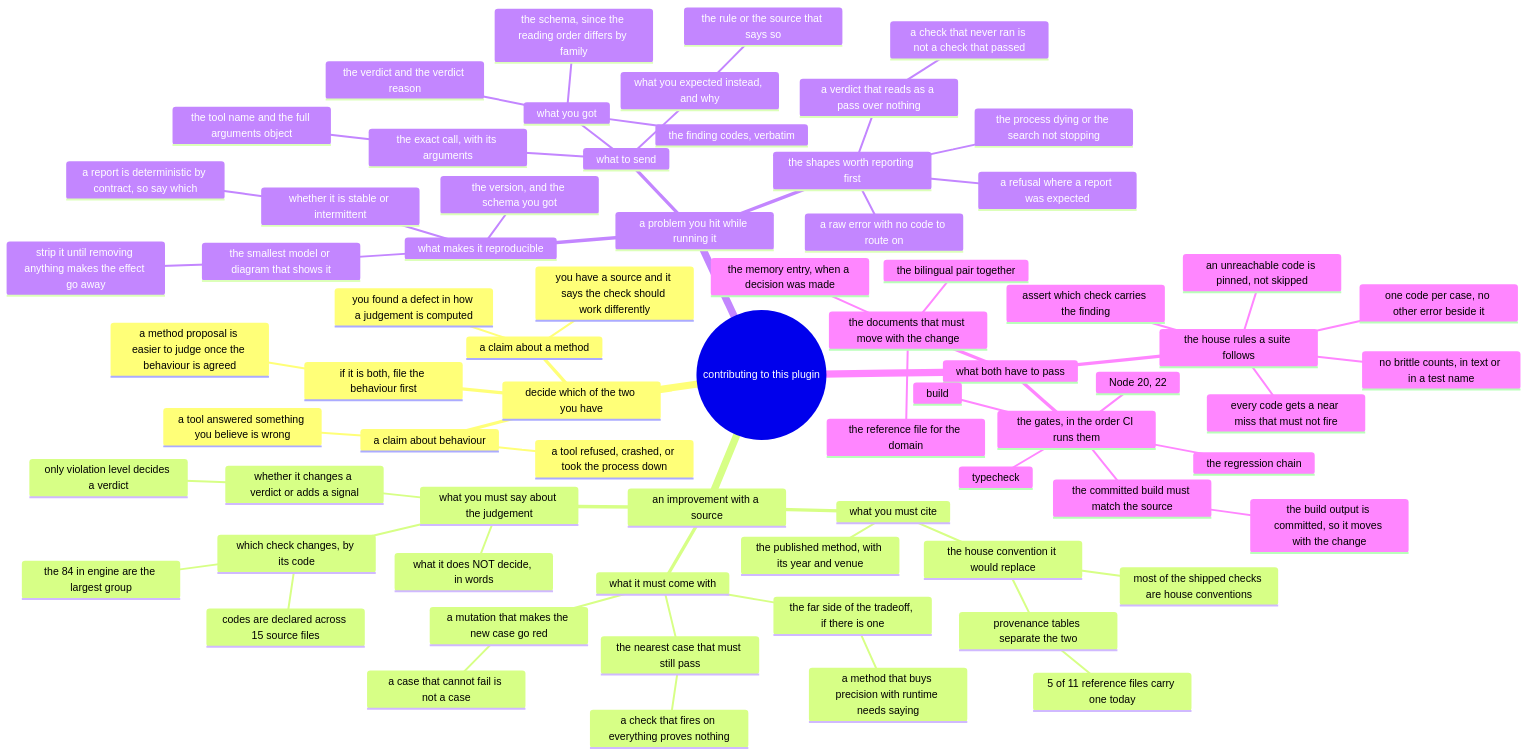
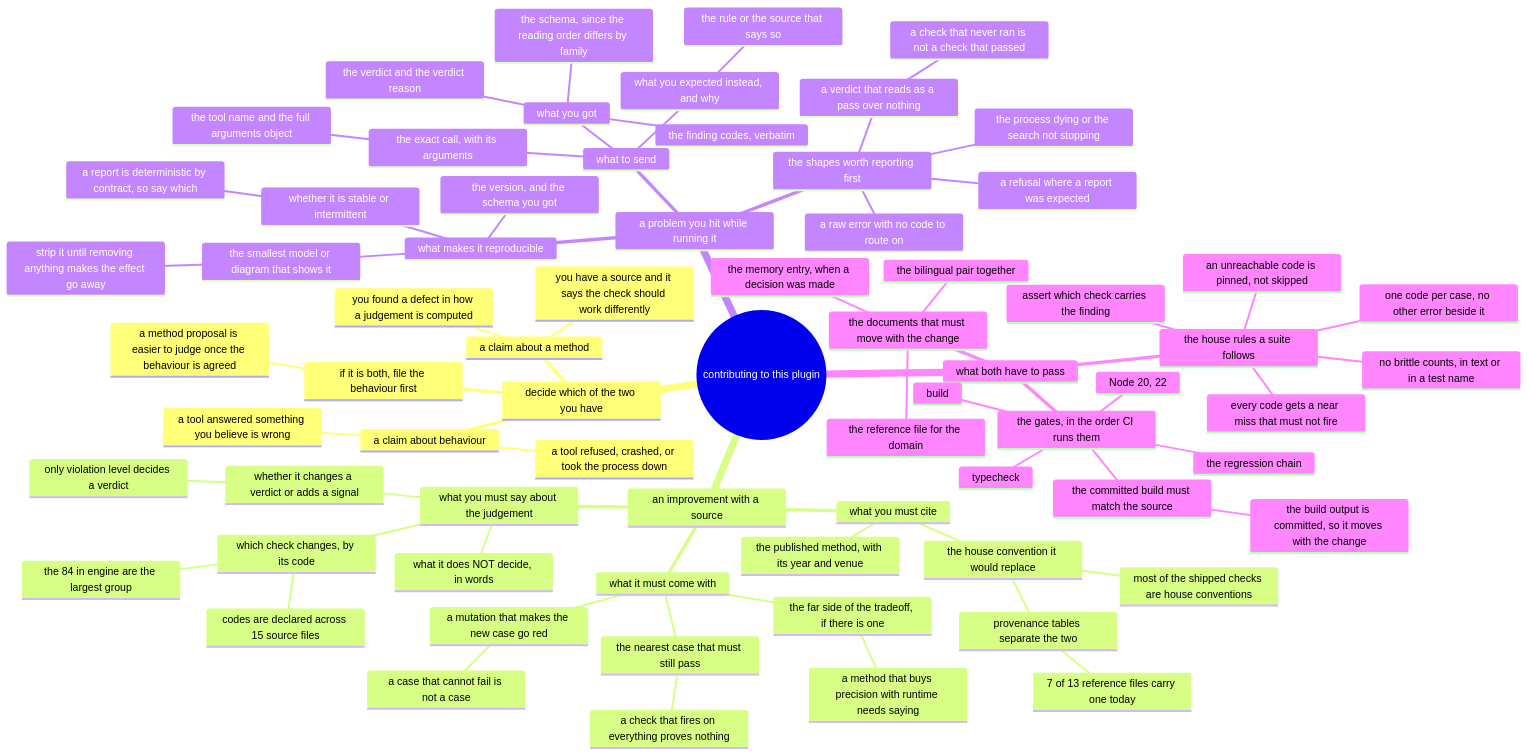
One commit to AmethystLuna/dsh-model-everything changed the diagram in docs/contributing/mindmap.mmd. Above: the diagram before and after it, drawn with Mermaid. The commit also changed 13 other files, not shown here.

```diff
--- a/docs/contributing/mindmap.mmd
+++ b/docs/contributing/mindmap.mmd
@@ -1,72 +1,72 @@
 mindmap
 root((contributing to this plugin))
   decide which of the two you have
     a claim about a method
       you have a source and it says the check should work differently
       you found a defect in how a judgement is computed
     a claim about behaviour
       a tool answered something you believe is wrong
       a tool refused, crashed, or took the process down
     if it is both, file the behaviour first
       a method proposal is easier to judge once the behaviour is agreed
   an improvement with a source
     what you must cite
       the published method, with its year and venue
       the house convention it would replace
         provenance tables separate the two
-          5 of 11 reference files carry one today
+          7 of 13 reference files carry one today
         most of the shipped checks are house conventions
     what you must say about the judgement
       which check changes, by its code
         codes are declared across 15 source files
         the 84 in engine are the largest group
       whether it changes a verdict or adds a signal
         only violation level decides a verdict
       what it does NOT decide, in words
     what it must come with
       the nearest case that must still pass
         a check that fires on everything proves nothing
       a mutation that makes the new case go red
         a case that cannot fail is not a case
       the far side of the tradeoff, if there is one
         a method that buys precision with runtime needs saying
   a problem you hit while running it
     what to send
       the exact call, with its arguments
         the tool name and the full arguments object
       what you got
         the verdict and the verdict reason
         the finding codes, verbatim
         the schema, since the reading order differs by family
       what you expected instead, and why
         the rule or the source that says so
     the shapes worth reporting first
       a verdict that reads as a pass over nothing
         a check that never ran is not a check that passed
       a refusal where a report was expected
       a raw error with no code to route on
       the process dying or the search not stopping
     what makes it reproducible
       the smallest model or diagram that shows it
         strip it until removing anything makes the effect go away
       the version, and the schema you got
       whether it is stable or intermittent
         a report is deterministic by contract, so say which
   what both have to pass
     the gates, in the order CI runs them
       Node 20, 22
       typecheck
       build
       the regression chain
       the committed build must match the source
         the build output is committed, so it moves with the change
     the house rules a suite follows
       one code per case, no other error beside it
       assert which check carries the finding
       every code gets a near miss that must not fire
       an unreachable code is pinned, not skipped
       no brittle counts, in text or in a test name
     the documents that must move with the change
       the reference file for the domain
       the memory entry, when a decision was made
       the bilingual pair together
```
